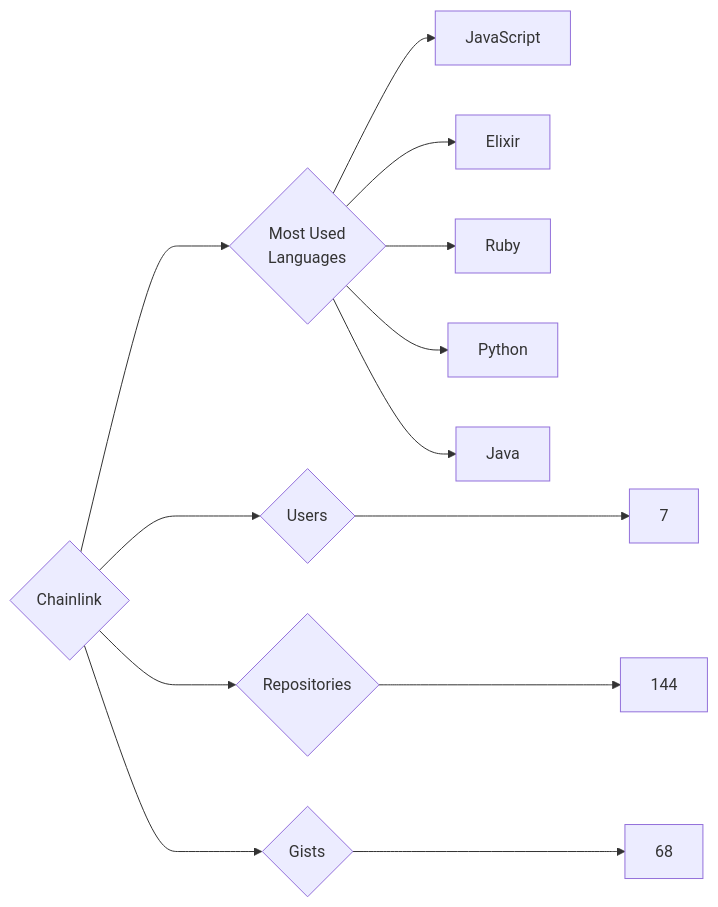
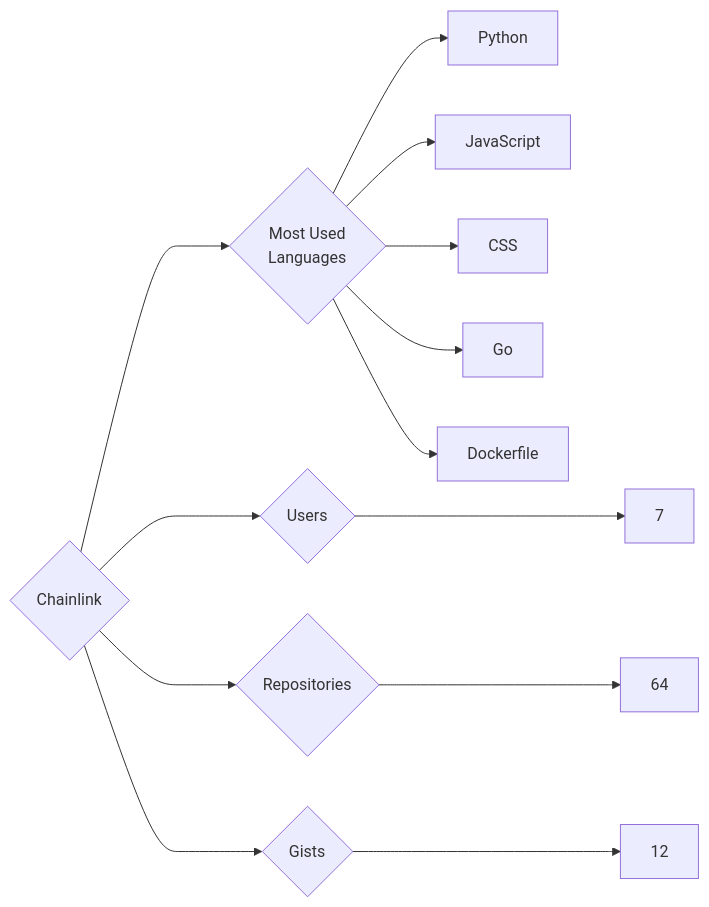
The diagram in targets/Chainlink/README.md (trickest/insiders), drawn with Mermaid before and after one commit. The commit also changed 993 other files, not shown here.

````diff
--- a/targets/Chainlink/README.md
+++ b/targets/Chainlink/README.md
@@ -3,13 +3,13 @@
 ```mermaid
 graph LR
 COMPANY_NAME{Chainlink}
 COMPANY_NAME ---> U{Users} ---> UN[7]
-COMPANY_NAME ---> R{Repositories} ---> RN[144]
-COMPANY_NAME ---> G{Gists} ---> GN[68]
+COMPANY_NAME ---> R{Repositories} ---> RN[64]
+COMPANY_NAME ---> G{Gists} ---> GN[12]
 COMPANY_NAME ---> ML{Most Used<br>Languages}
+ML --> Python[Python]
 ML --> JavaScript[JavaScript]
-ML --> Elixir[Elixir]
-ML --> Ruby[Ruby]
-ML --> Python[Python]
-ML --> Java[Java]
+ML --> CSS[CSS]
+ML --> Go[Go]
+ML --> Dockerfile[Dockerfile]
 ```
````
